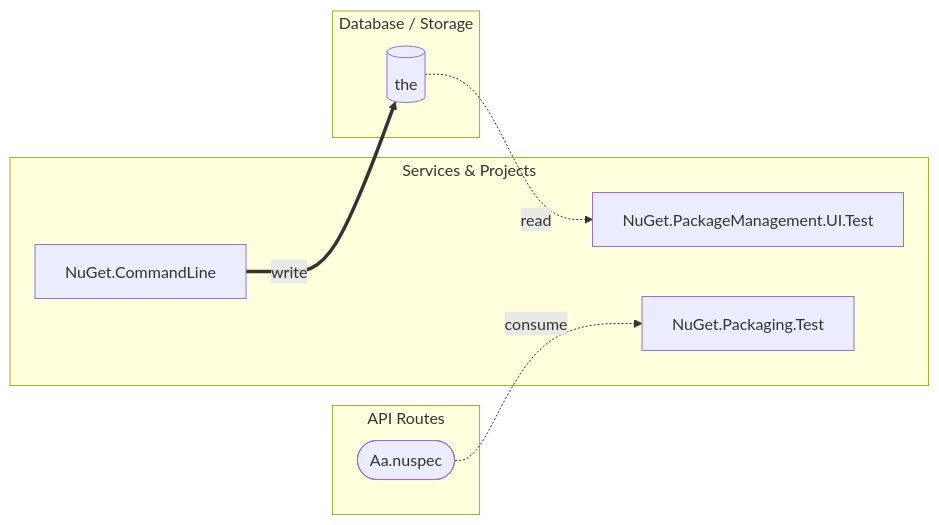
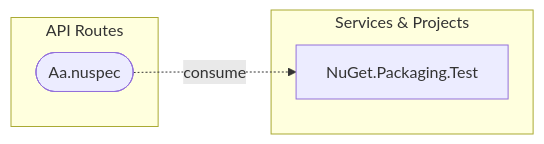
Before and after one commit to GanizaniSitara/tools-static-analysis: the diagram in output-nuget/diagrams/data-flow.mmd, drawn with Mermaid. The commit also changed 29 other files, not shown here.

```diff
--- a/output-nuget/diagrams/data-flow.mmd
+++ b/output-nuget/diagrams/data-flow.mmd
@@ -1,15 +1,8 @@
 graph LR
     subgraph Projects["Services & Projects"]
-        NuGet_CommandLine["NuGet.CommandLine"]
-        NuGet_PackageManagement_UI_Test["NuGet.PackageManagement.UI.Test"]
         NuGet_Packaging_Test["NuGet.Packaging.Test"]
-    end
-    subgraph Database["Database / Storage"]
-        table_the[("the")]
     end
     subgraph APIs["API Routes"]
         url_Aa_nuspec(["Aa.nuspec"])
     end
-    NuGet_CommandLine ==>|write| table_the
-    table_the -.->|read| NuGet_PackageManagement_UI_Test
     url_Aa_nuspec -.->|consume| NuGet_Packaging_Test
```
